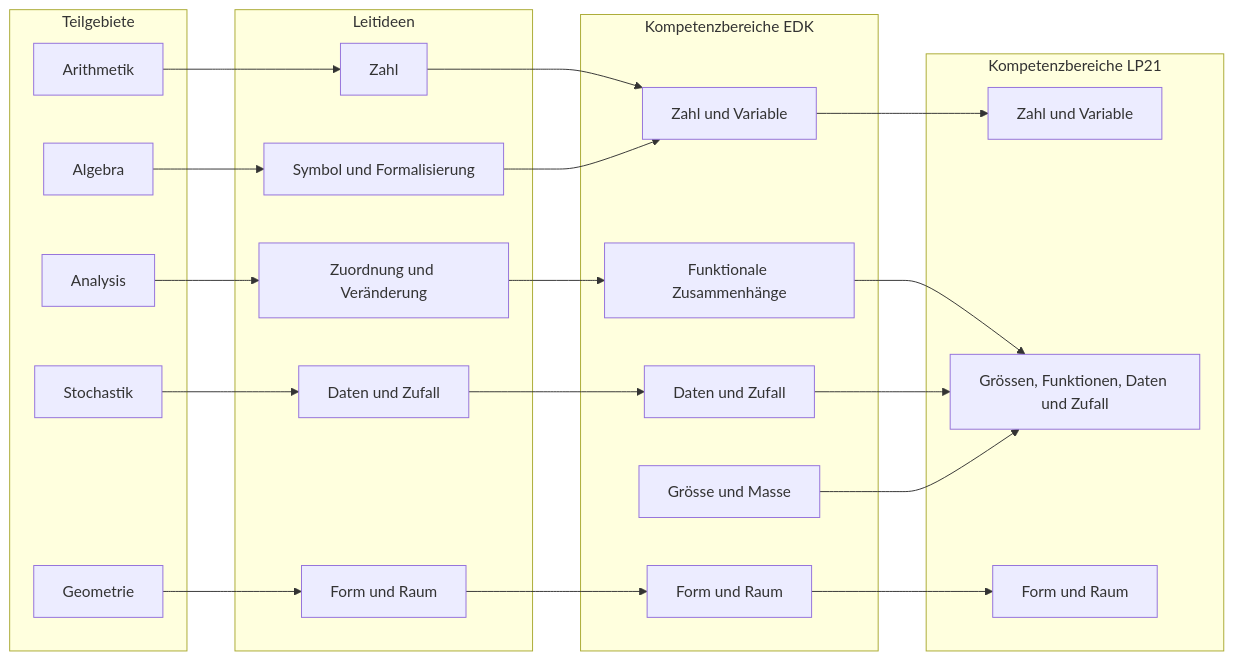
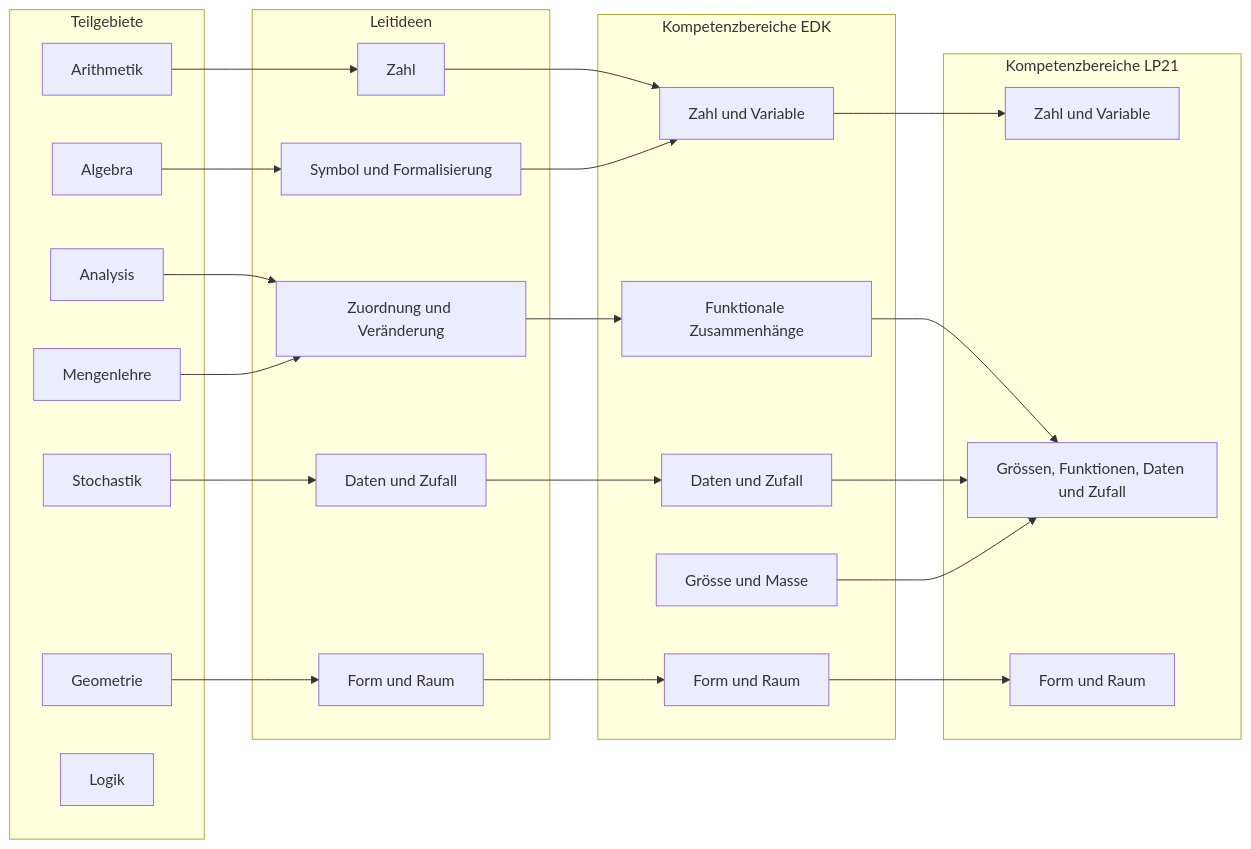
One commit to PHBern-RConrardy/lerngelegenheiten changed the first of 2 diagrams in lerngelegenheiten/LG_math_summative_praes/woche_03.qmd. Above: the diagram before and after it, drawn with Mermaid. The commit also changed other lines of this file and 7 other files, not shown here.

````diff
--- a/lerngelegenheiten/LG_math_summative_praes/woche_03.qmd
+++ b/lerngelegenheiten/LG_math_summative_praes/woche_03.qmd
@@ -45,61 +45,69 @@
 ```{mermaid}
 %%| mermaid-format: png
 
 graph LR;
   b1[Arithmetik];
   b2[Stochastik];
   b3[Geometrie];
-  i5[Zahl];
-  k1[Zahl und Variable];
   b4[Algebra];
+  b5[Analysis];
+  b6[Mengenlehre];
+  b7[Logik];
+  
   i1[Symbol und Formalisierung];
-  b5[Analysis];
   i2[Zuordnung und Veränderung];
   i3[Daten und Zufall];
   i4[Form und Raum];
+  i5[Zahl];
+  
+  k1[Zahl und Variable];
   k2[Grössen, Funktionen, Daten und Zufall];
   k3[Form und Raum];
+  
   edk1[Zahl und Variable];
   edk2[Form und Raum];
   edk3[Grösse und Masse];
   edk4[Funktionale Zusammenhänge];
   edk5[Daten und Zufall];
   b1-->i5-->edk1-->k1;
   b4-->i1-->edk1;
   b5-->i2-->edk4-->k2;
   b2-->i3-->edk5-->k2;
   b3-->i4-->edk2-->k3;
   edk3-->k2;
+  b6-->i2;
   subgraph Teilgebiete
     b1;
     b2;
     b3;
     b4;
     b5;
+    b6;
+    b7;
   end
   subgraph B[Kompetenzbereiche EDK]
     edk1;
     edk2;
     edk3;
     edk4;
     edk5;
   end
   subgraph Leitideen
     i1;
     i2;
     i3;
     i4;
     i5;
   end
   subgraph K[Kompetenzbereiche LP21]
     k1;
     k2;
     k3;
   end
   
 classDef title font-size:14px
 classDef padding stroke:none,fill:none
 
 class main title
 class padding padding
 ```
````
